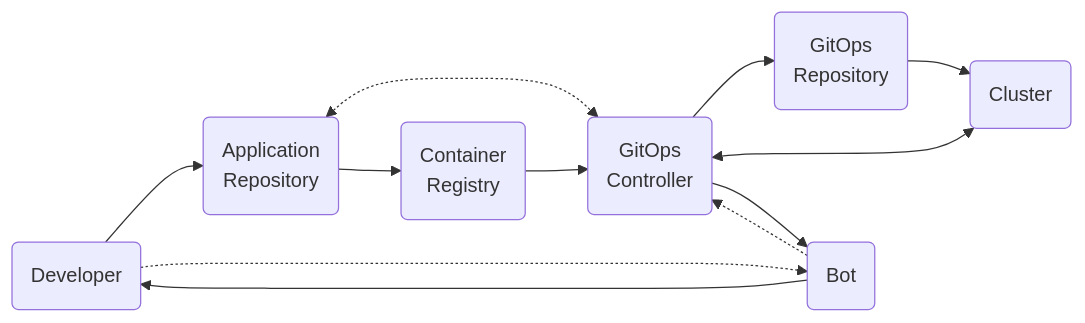
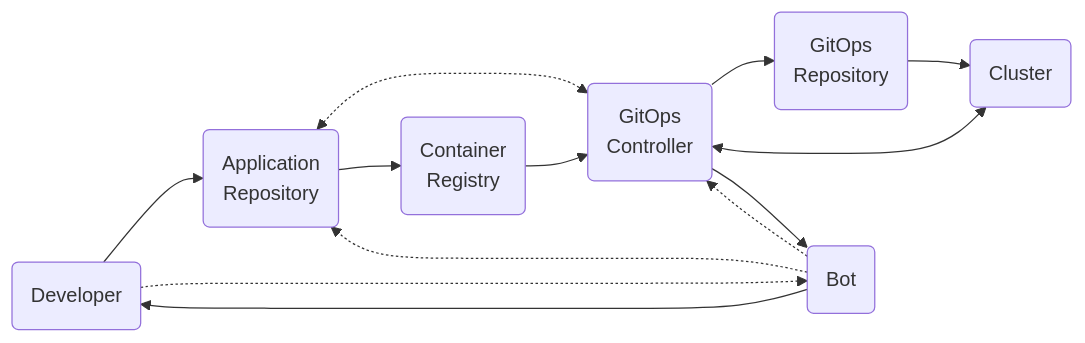
The first of 6 diagrams in docs/HLD.md (k3ilona/publisher-slack-bot), drawn with Mermaid before and after one commit. The commit also changed other lines of this file, not shown here.

````diff
--- a/docs/HLD.md
+++ b/docs/HLD.md
@@ -17,26 +19,27 @@
 ```mermaid
 flowchart LR
 DEV("Developer")
 GC("GitOps 
 Controller")
 AR("Application 
 Repository")
 GR("GitOps 
 Repository")
 CR("Container 
 Registry")
 C("Cluster")
 B("Bot")
 
 DEV -->| | AR
 AR <-.->| | GC
 AR -->| | CR
 GC -->| | GR
 CR -->| | GC
 GC <-->| | C
 GR --> | | C
 GC --> | | B
 B --> | | DEV
 DEV -.-> | | B
 B -.-> | | GC
+B -.-> | | AR
 ```
````
